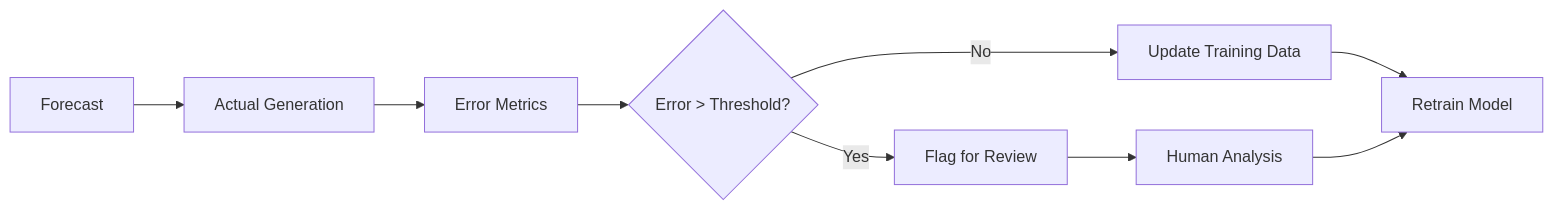
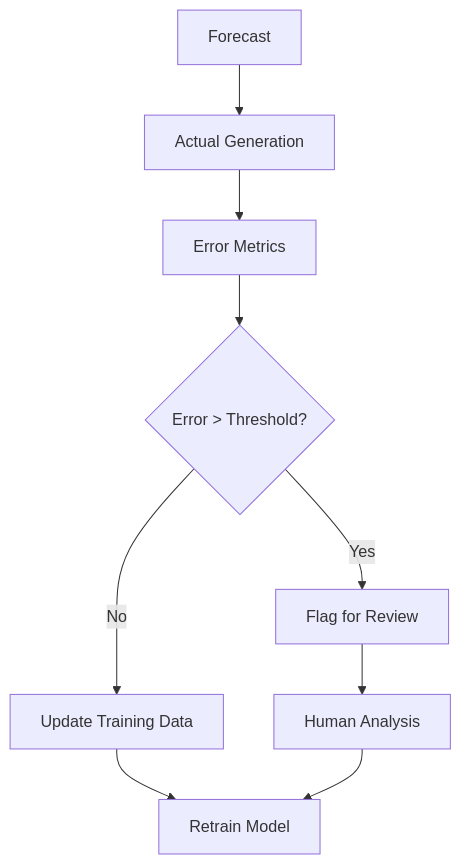
Before and after one commit to 4alvit/solar-forecast-langgraph: the third of 3 diagrams in README.md, drawn with Mermaid.

````diff
--- a/README.md
+++ b/README.md
@@ -201,11 +201,11 @@
 ```mermaid
-graph LR
+graph TD
     A[Forecast] --> B[Actual Generation]
     B --> C[Error Metrics]
     C --> D{Error > Threshold?}
     D -->|Yes| E[Flag for Review]
     D -->|No| F[Update Training Data]
     F --> G[Retrain Model]
     E --> H[Human Analysis]
     H --> G
 ```
````
